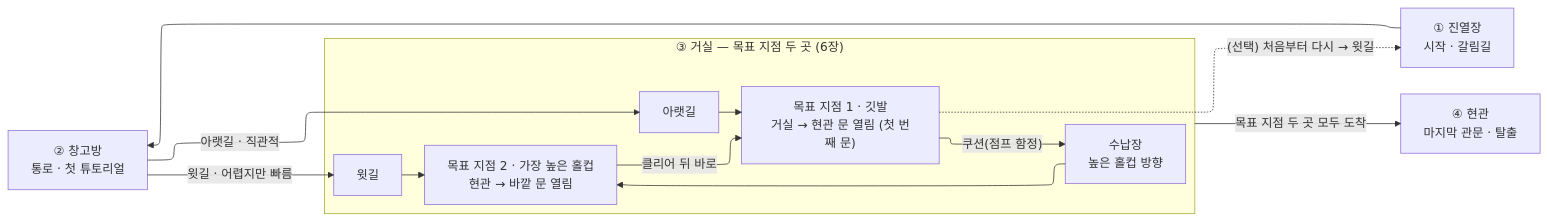
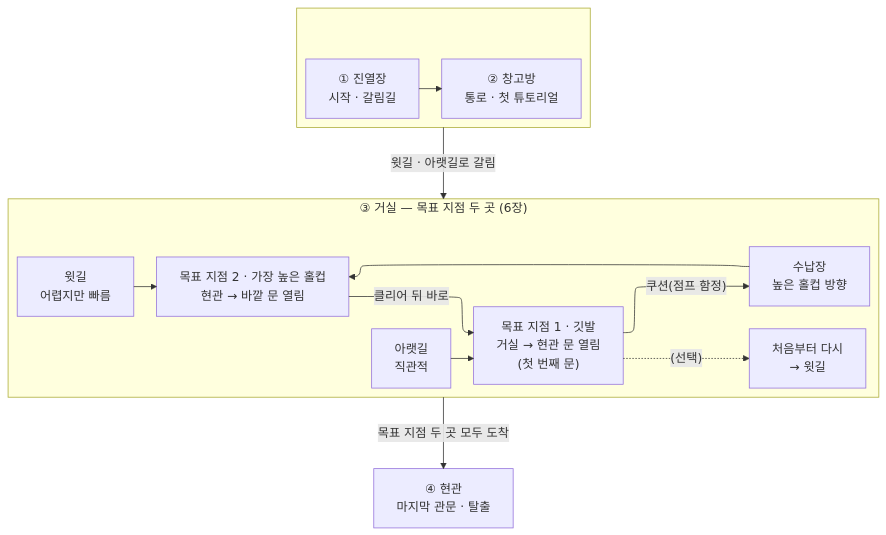
One commit to pinkshield/portfolio changed the diagram in src/3-escape-for-freedom/기술문서.md. Above: the diagram before and after it, drawn with Mermaid. The commit also changed other lines of this file and 2 other files, not shown here.

Commit message:
Escape for Freedom 3-1: 레벨 지도를 세 줄(① · ② / ③ 거실 / ④ 현관)로 접음(1949×264 → 1111×700, ① 진열장이 오른쪽 끝에 그려지던 것 바로잡음) · 윗길 · 아랫길 설명을 상자로 옮기고 "처음부터 다시"는 상자로 · 예전 그림은 숨김 주석 · 슬라이드 flow 장면 고정(지문 TB, audit 0)

````diff
--- a/src/3-escape-for-freedom/기술문서.md
+++ b/src/3-escape-for-freedom/기술문서.md
@@ -158,16 +158,19 @@
 ```mermaid
 %%{init: {"layout": "elk"}}%%
-flowchart LR
-    A["① 진열장<br/>시작 · 갈림길"] --> B["② 창고방<br/>통로 · 첫 튜토리얼"]
+flowchart TB
+    subgraph R1[" "]
+        direction LR
+        A["① 진열장<br/>시작 · 갈림길"] --> B["② 창고방<br/>통로 · 첫 튜토리얼"]
+    end
     subgraph L["③ 거실 — 목표 지점 두 곳 (6장)"]
-        U["윗길"] --> G2["목표 지점 2 · 가장 높은 홀컵<br/>현관 → 바깥 문 열림"]
-        G2 -->|"클리어 뒤 바로"| G1["목표 지점 1 · 깃발<br/>거실 → 현관 문 열림 (첫 번째 문)"]
-        D["아랫길"] --> G1
+        direction LR
+        U["윗길<br/>어렵지만 빠름"] --> G2["목표 지점 2 · 가장 높은 홀컵<br/>현관 → 바깥 문 열림"]
+        D["아랫길<br/>직관적"] --> G1["목표 지점 1 · 깃발<br/>거실 → 현관 문 열림<br/>(첫 번째 문)"]
+        G2 -->|"클리어 뒤 바로"| G1
         G1 -->|"쿠션(점프 함정)"| S["수납장<br/>높은 홀컵 방향"]
         S --> G2
+        G1 -.->|"(선택)"| RS["처음부터 다시<br/>→ 윗길"]
     end
-    B -->|"윗길 · 어렵지만 빠름"| U
-    B -->|"아랫길 · 직관적"| D
-    G1 -.->|"(선택) 처음부터 다시 → 윗길"| A
+    R1 -->|"윗길 · 아랫길로 갈림"| L
     L -->|"목표 지점 두 곳 모두 도착"| E["④ 현관<br/>마지막 관문 · 탈출"]
 ```
````
